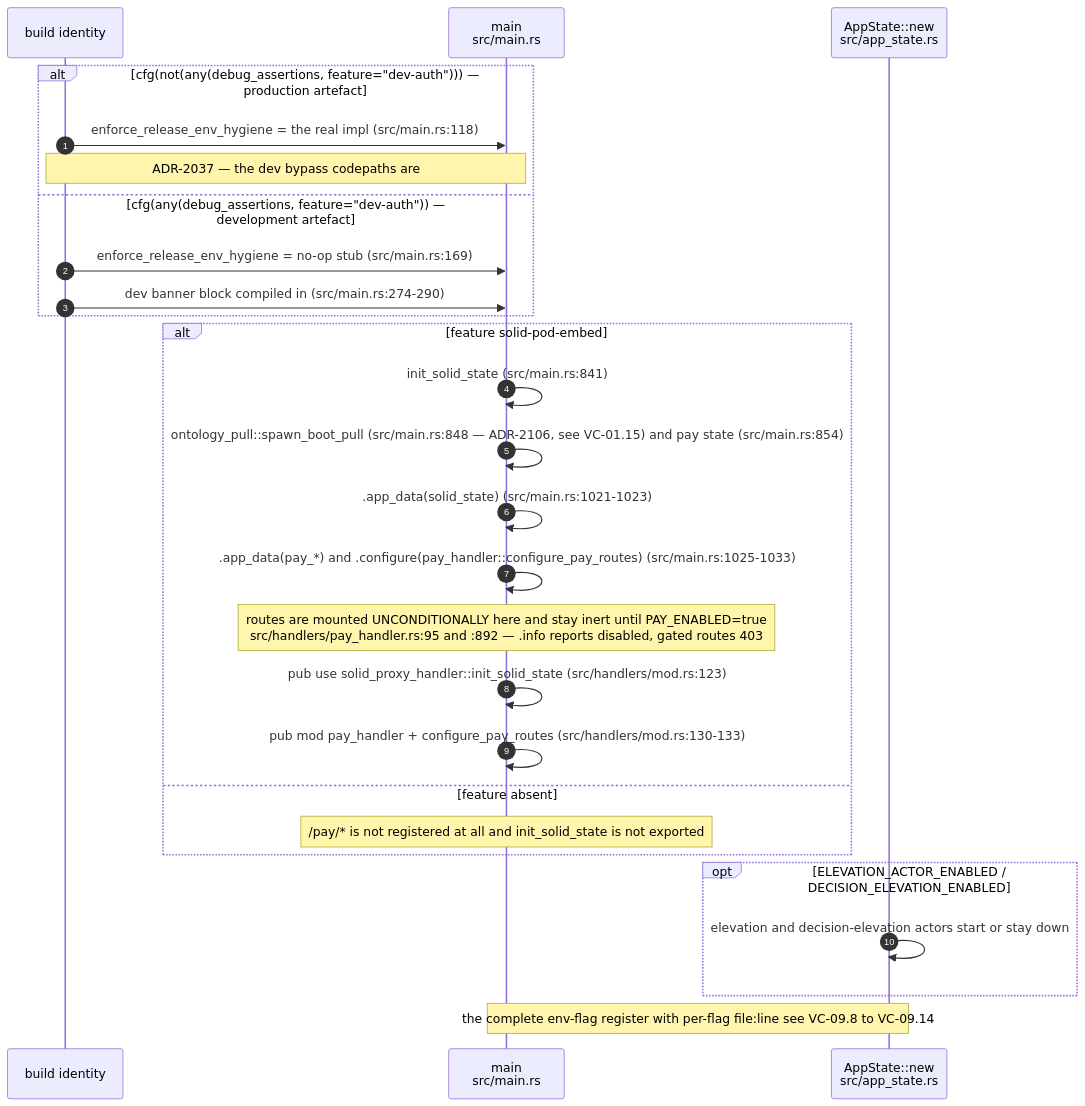
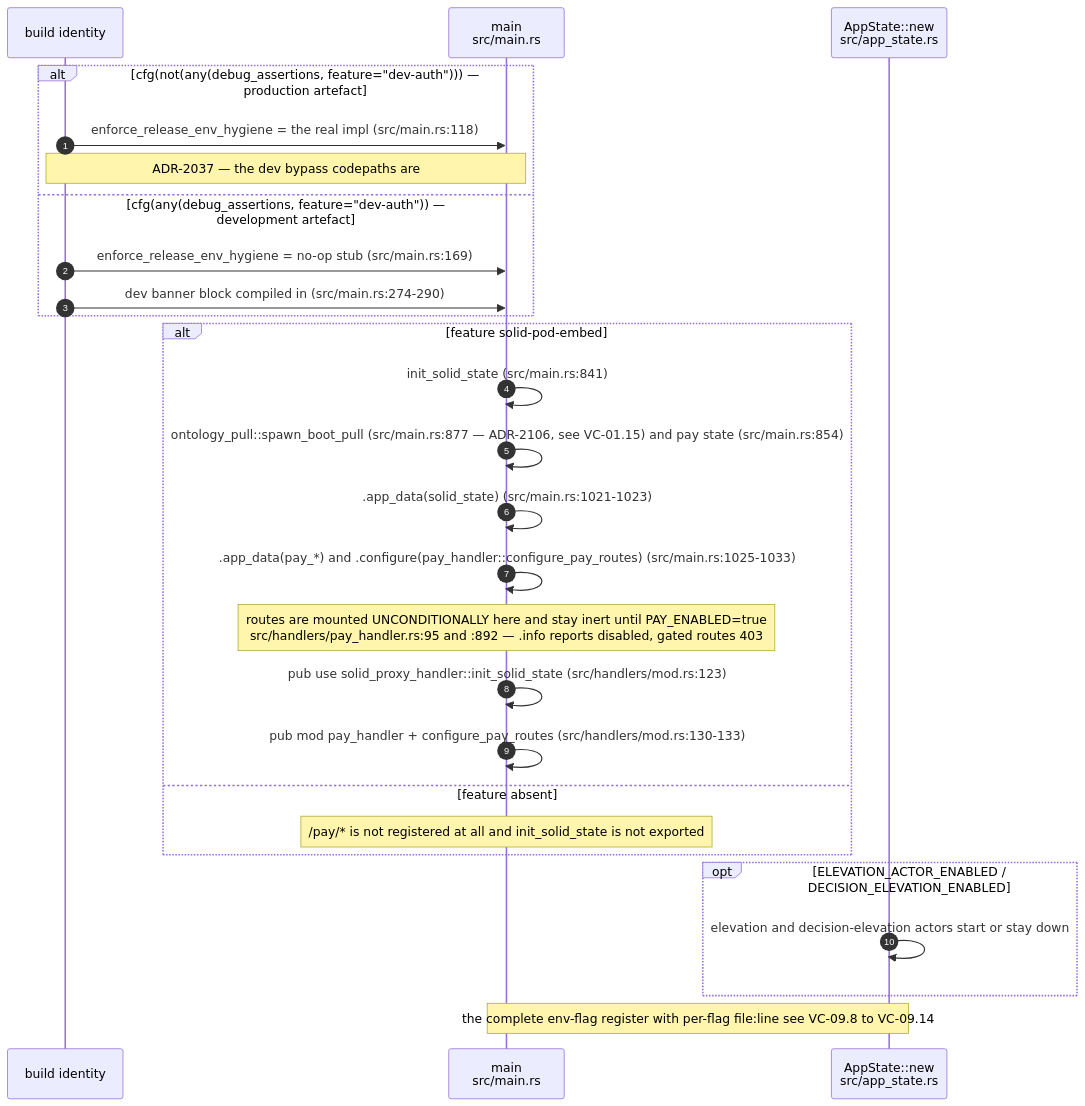
One commit to DreamLab-AI/VisionFlow changed the sixth of 15 diagrams in docs/diagrams/visionclaw/01-boot-and-app-state.md. Above: the diagram before and after it, drawn with Mermaid. The commit also changed other lines of this file and 51 other files, not shown here.

First line of the commit message:
docs(diagrams): agentbox AB-01..13 re-attested anchor by anchor (980 anchors, 22 defects); checkpoint against an out-of-mesh writer

````diff
--- a/docs/diagrams/visionclaw/01-boot-and-app-state.md
+++ b/docs/diagrams/visionclaw/01-boot-and-app-state.md
@@ -296,30 +296,30 @@
 ```mermaid
 sequenceDiagram
     autonumber
     participant B as build identity
     participant M as main<br/>src/main.rs
     participant AS as AppState::new<br/>src/app_state.rs
 
     alt cfg(not(any(debug_assertions, feature="dev-auth"))) — production artefact
         B->>M: enforce_release_env_hygiene = the real impl (src/main.rs:118)
         Note over B,M: ADR-2037 — the dev bypass codepaths are #[cfg]-stripped, they do not exist in the binary
     else cfg(any(debug_assertions, feature="dev-auth")) — development artefact
         B->>M: enforce_release_env_hygiene = no-op stub (src/main.rs:169)
         B->>M: dev banner block compiled in (src/main.rs:274-290)
     end
     alt feature solid-pod-embed
         M->>M: init_solid_state (src/main.rs:841)
-        M->>M: ontology_pull::spawn_boot_pull (src/main.rs:848 — ADR-2106, see VC-01.15) and pay state (src/main.rs:854)
+        M->>M: ontology_pull::spawn_boot_pull (src/main.rs:877 — ADR-2106, see VC-01.15) and pay state (src/main.rs:854)
         M->>M: .app_data(solid_state) (src/main.rs:1021-1023)
         M->>M: .app_data(pay_*) and .configure(pay_handler::configure_pay_routes) (src/main.rs:1025-1033)
         Note over M: routes are mounted UNCONDITIONALLY here and stay inert until PAY_ENABLED=true<br/>src/handlers/pay_handler.rs:95 and :892 — .info reports disabled, gated routes 403
         M->>M: pub use solid_proxy_handler::init_solid_state (src/handlers/mod.rs:123)
         M->>M: pub mod pay_handler + configure_pay_routes (src/handlers/mod.rs:130-133)
     else feature absent
         Note over M: /pay/* is not registered at all and init_solid_state is not exported
     end
     opt ELEVATION_ACTOR_ENABLED / DECISION_ELEVATION_ENABLED
         AS->>AS: elevation and decision-elevation actors start or stay down
     end
     Note over M,AS: the complete env-flag register with per-flag file:line see VC-09.8 to VC-09.14
 ```
````
